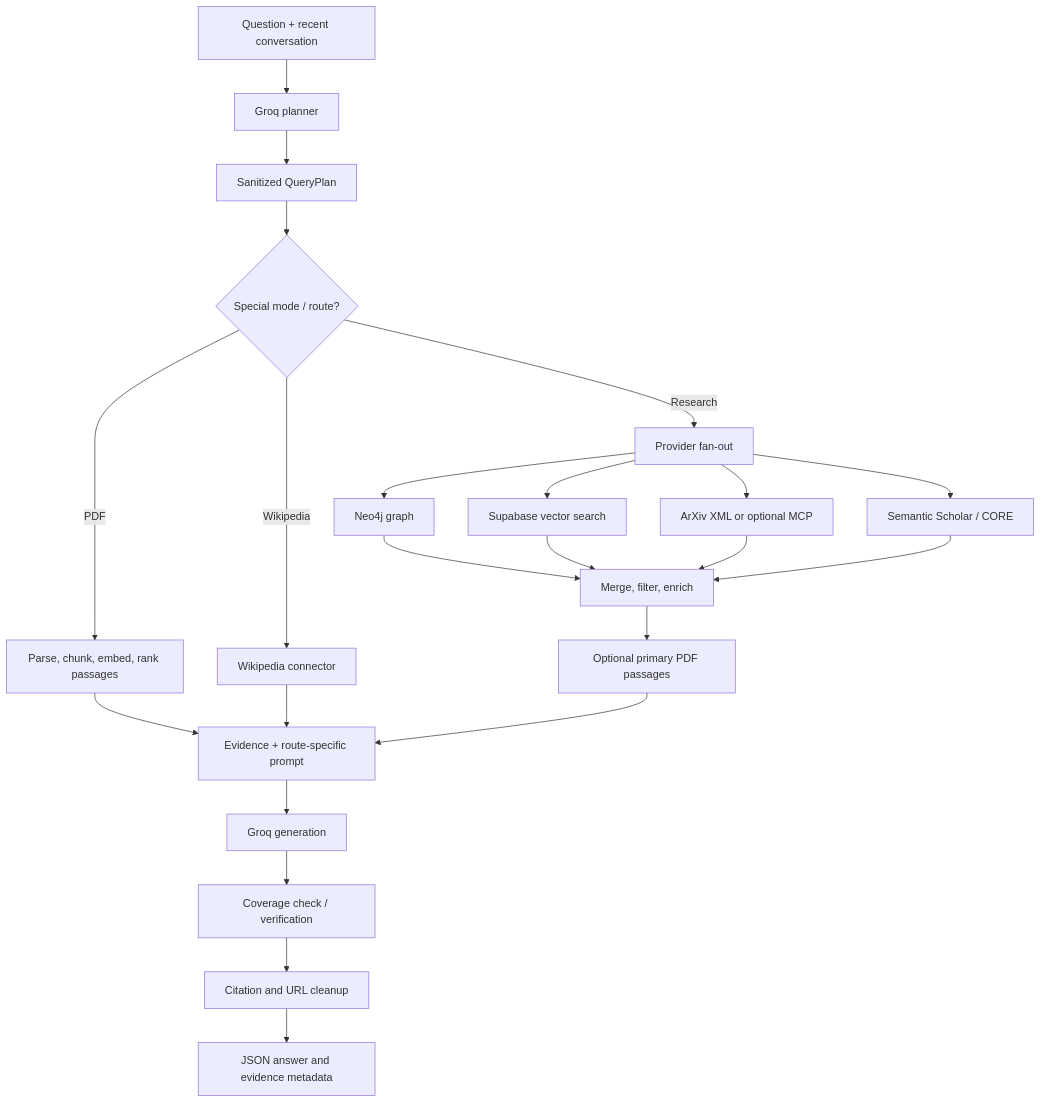
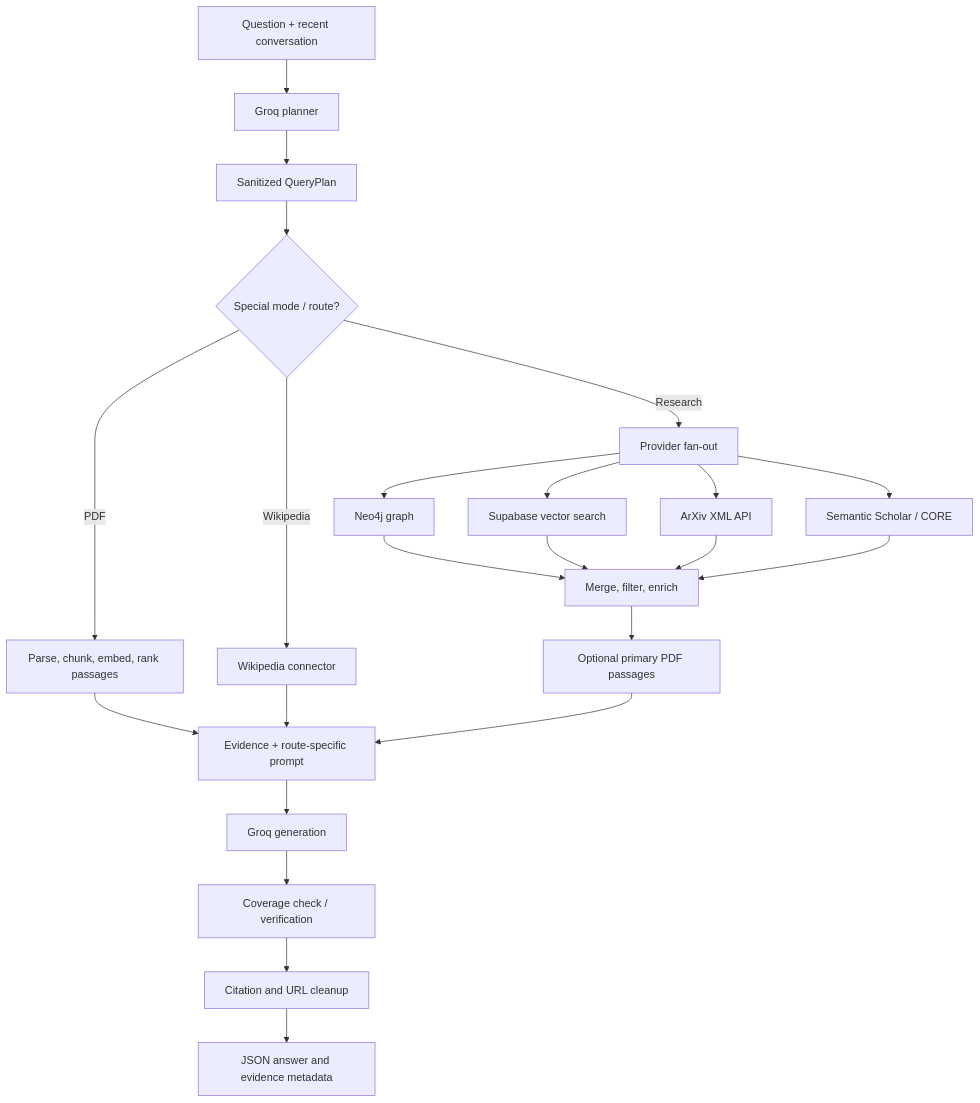
One commit to aarif-123/GraphRag-Research-Assistant changed the diagram in docs/backend/05. AI AND RAG PIPELINE.md. Above: the diagram before and after it, drawn with Mermaid. The commit also changed other lines of this file and 33 other files, not shown here.

First line of the commit message:
Improve dataset relevance and remove ArXiv MCP

````diff
--- a/docs/backend/05. AI AND RAG PIPELINE.md
+++ b/docs/backend/05. AI AND RAG PIPELINE.md
@@ -23,25 +23,25 @@
 ```mermaid
 flowchart TD
     Q[Question + recent conversation] --> Planner[Groq planner]
     Planner --> Plan[Sanitized QueryPlan]
     Plan --> Branch{Special mode / route?}
     Branch -->|PDF| PDF[Parse, chunk, embed, rank passages]
     Branch -->|Wikipedia| Wiki[Wikipedia connector]
     Branch -->|Research| Fanout[Provider fan-out]
     Fanout --> Graph[Neo4j graph]
     Fanout --> Vector[Supabase vector search]
-    Fanout --> Arxiv[ArXiv XML or optional MCP]
+    Fanout --> Arxiv[ArXiv XML API]
     Fanout --> Other[Semantic Scholar / CORE]
     Graph --> Merge[Merge, filter, enrich]
     Vector --> Merge
     Arxiv --> Merge
     Other --> Merge
     PDF --> Prompt[Evidence + route-specific prompt]
     Wiki --> Prompt
     Merge --> Primary[Optional primary PDF passages]
     Primary --> Prompt
     Prompt --> LLM[Groq generation]
     LLM --> Check[Coverage check / verification]
     Check --> Links[Citation and URL cleanup]
     Links --> Response[JSON answer and evidence metadata]
 ```
````
